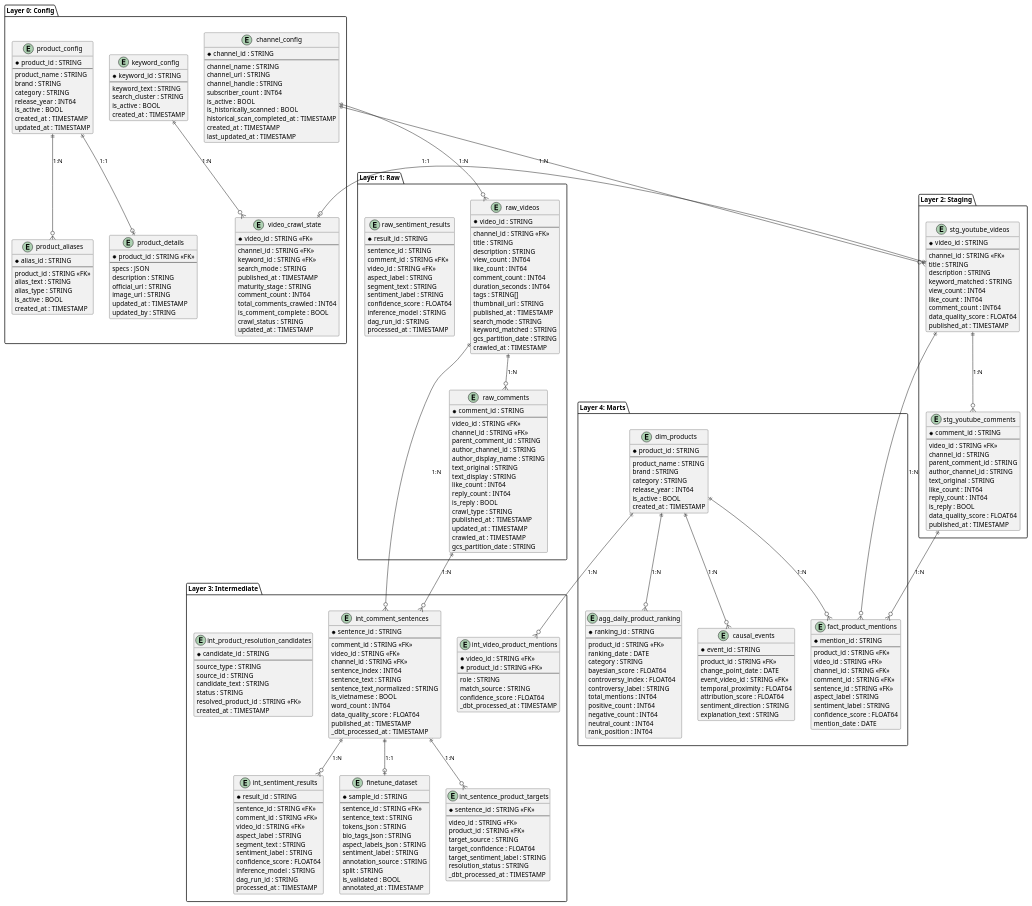
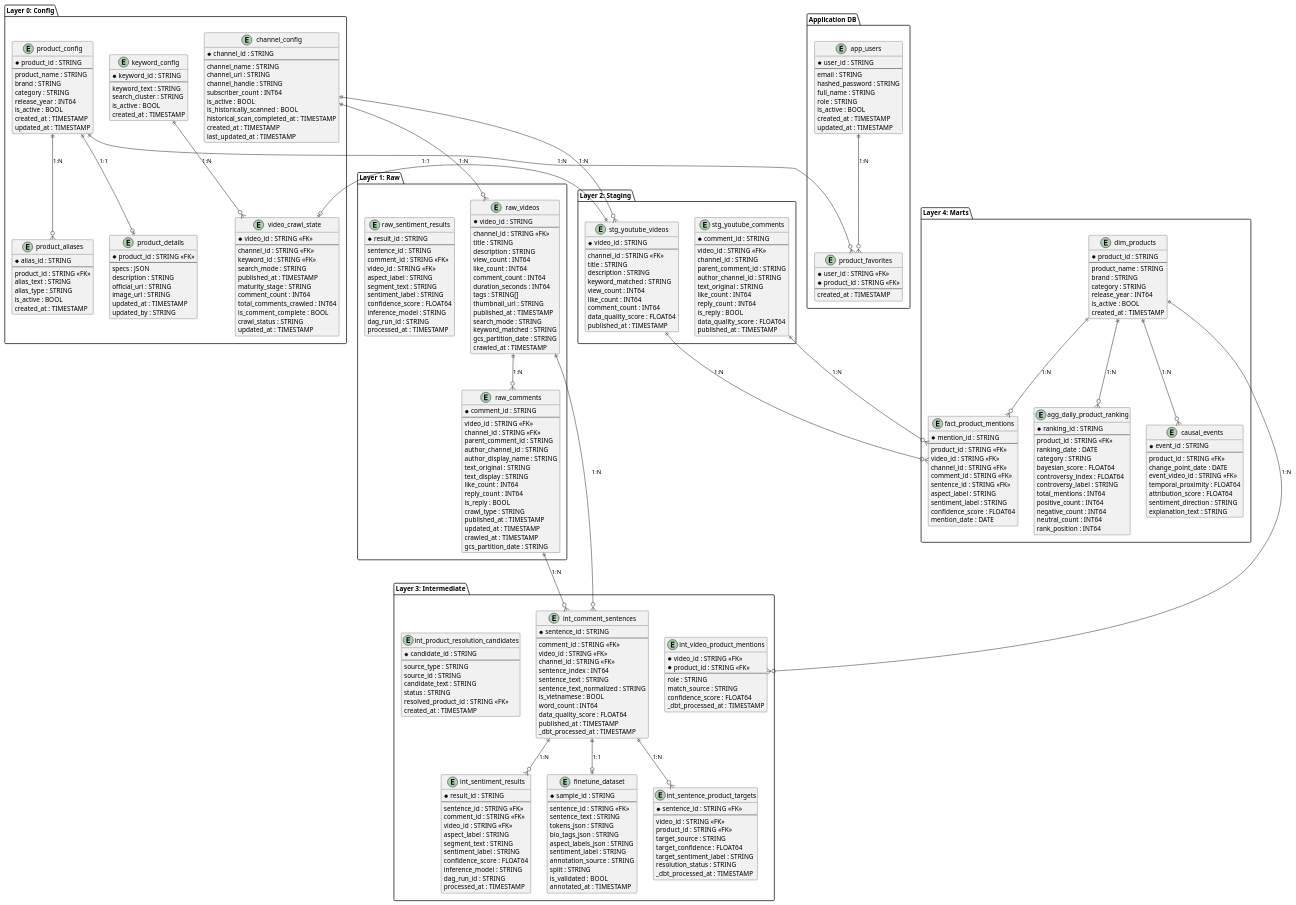
One commit to Kama-khoa/Social_media_sentiment_pipeline changed the diagram in docs/schema_erd.puml. Above: the diagram before and after it, drawn with PlantUML. The commit also changed 32 other files, not shown here.

```diff
--- a/docs/schema_erd.puml
+++ b/docs/schema_erd.puml
@@ -304,6 +304,28 @@
   }
 }
 
+' APPLICATION DB TABLES
+package "Application DB" {
+  entity "app_users" as app_users {
+    * user_id : STRING
+    --
+    email : STRING
+    hashed_password : STRING
+    full_name : STRING
+    role : STRING
+    is_active : BOOL
+    created_at : TIMESTAMP
+    updated_at : TIMESTAMP
+  }
+
+  entity "product_favorites" as product_favorites {
+    * user_id : STRING <<FK>>
+    * product_id : STRING <<FK>>
+    --
+    created_at : TIMESTAMP
+  }
+}
+
 ' Relationships
 product_config ||--o{ product_aliases : "1:N"
 product_config ||--o| product_details : "1:1"
@@ -311,7 +333,8 @@
 channel_config ||--o{ raw_videos : "1:N"
 channel_config ||--o{ stg_youtube_videos : "1:N"
 raw_videos ||--o{ raw_comments : "1:N"
-stg_youtube_videos ||--o{ stg_youtube_comments : "1:N"
+stg_youtube_comments ||--o{ fact_product_mentions : "1:N"
+stg_youtube_videos ||--o{ fact_product_mentions : "1:N"
 stg_youtube_videos ||--o| video_crawl_state : "1:1"
 
 keyword_config ||--o{ video_crawl_state : "1:N"
@@ -324,10 +347,11 @@
 
 dim_products ||--o{ fact_product_mentions : "1:N"
 dim_products ||--o{ int_video_product_mentions : "1:N"
-stg_youtube_videos ||--o{ fact_product_mentions : "1:N"
-stg_youtube_comments ||--o{ fact_product_mentions : "1:N"
 
 dim_products ||--o{ agg_daily_product_ranking : "1:N"
 dim_products ||--o{ causal_events : "1:N"
 
+app_users ||--o{ product_favorites : "1:N"
+product_config ||--o{ product_favorites : "1:N"
+
 @enduml
```
